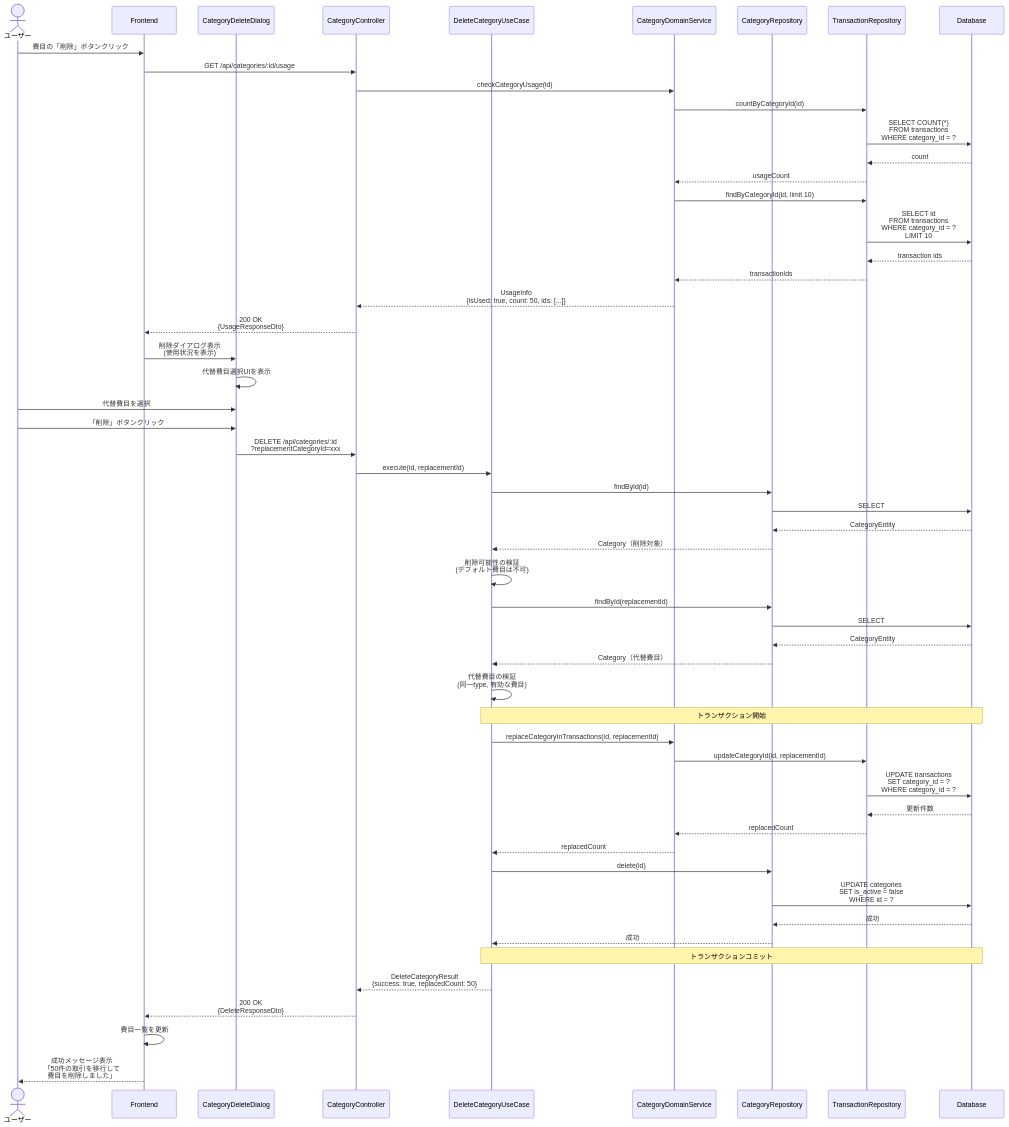
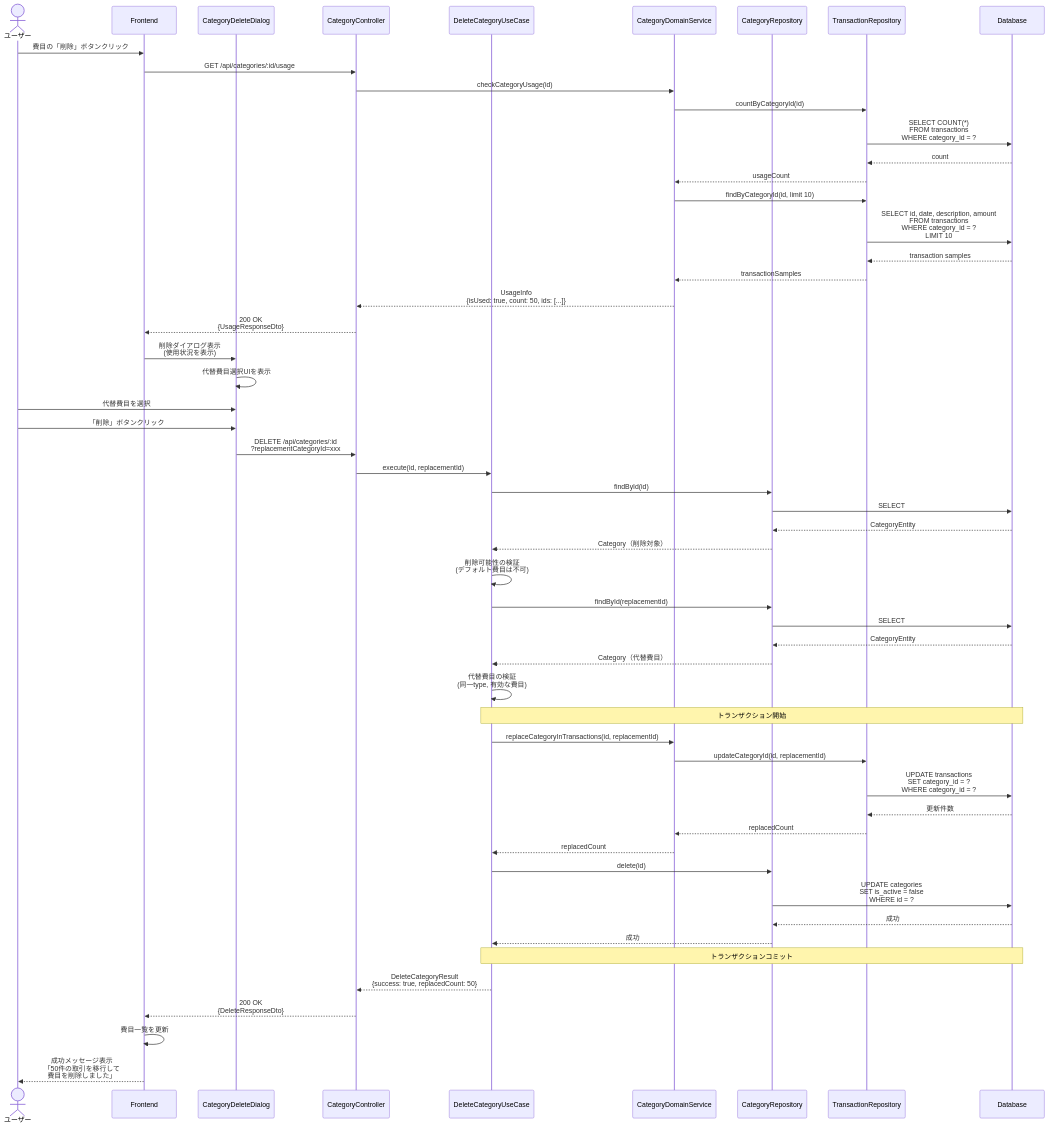
One commit to kencom2400/account-book changed the third of 13 diagrams in docs/detailed-design/FR-011_category-crud/sequence-diagrams.md. Above: the diagram before and after it, drawn with Mermaid. The commit also changed 2 other files, not shown here.

Commit message:
docs: fix high priority issues from Gemini review (3rd wave)
1. GetCategoryByIdUseCase追加（class-diagrams.md）
   - CategoryControllerにGetCategoryByIdUseCaseを依存関係として追加
   - 単一責任の原則に従い、単一取得専用ユースケースを使用

2. checkUsage実装例修正（input-output-design.md）
   - transactionIds を transactionSamples に変更
   - N+1問題を回避する設計と整合

3. SELECTクエリ修正（sequence-diagrams.md）
   - SELECT id を SELECT id, date, description, amount に変更
   - UI表示に必要な情報を一度に取得

4. UpdateCategoryDto型修正（class-diagrams.md）
   - icon, color を任意項目（string|null）に修正

5. colorコメント修正（input-output-design.md）
   - サポート形式を明記（#RGB, #RRGGBB, #RRGGBBAA）

Resolves Gemini Code Assist review comments (High Priority x3, Medium x2)

````diff
--- a/docs/detailed-design/FR-011_category-crud/sequence-diagrams.md
+++ b/docs/detailed-design/FR-011_category-crud/sequence-diagrams.md
@@ -243,75 +243,75 @@
 ```mermaid
 sequenceDiagram
     actor User as ユーザー
     participant FE as Frontend
     participant Dialog as CategoryDeleteDialog
     participant API as CategoryController
     participant UC as DeleteCategoryUseCase
     participant DS as CategoryDomainService
     participant CatRepo as CategoryRepository
     participant TxRepo as TransactionRepository
     participant DB as Database
 
     User->>FE: 費目の「削除」ボタンクリック
 
     FE->>API: GET /api/categories/:id/usage
     API->>DS: checkCategoryUsage(id)
     DS->>TxRepo: countByCategoryId(id)
     TxRepo->>DB: SELECT COUNT(*)<br/>FROM transactions<br/>WHERE category_id = ?
     DB-->>TxRepo: count
     TxRepo-->>DS: usageCount
 
     DS->>TxRepo: findByCategoryId(id, limit 10)
-    TxRepo->>DB: SELECT id<br/>FROM transactions<br/>WHERE category_id = ?<br/>LIMIT 10
-    DB-->>TxRepo: transaction ids
-    TxRepo-->>DS: transactionIds
+    TxRepo->>DB: SELECT id, date, description, amount<br/>FROM transactions<br/>WHERE category_id = ?<br/>LIMIT 10
+    DB-->>TxRepo: transaction samples
+    TxRepo-->>DS: transactionSamples
 
     DS-->>API: UsageInfo<br/>{isUsed: true, count: 50, ids: [...]}
     API-->>FE: 200 OK<br/>{UsageResponseDto}
 
     FE->>Dialog: 削除ダイアログ表示<br/>(使用状況を表示)
 
     Dialog->>Dialog: 代替費目選択UIを表示
     User->>Dialog: 代替費目を選択
 
     User->>Dialog: 「削除」ボタンクリック
     Dialog->>API: DELETE /api/categories/:id<br/>?replacementCategoryId=xxx
 
     API->>UC: execute(id, replacementId)
 
     UC->>CatRepo: findById(id)
     CatRepo->>DB: SELECT
     DB-->>CatRepo: CategoryEntity
     CatRepo-->>UC: Category（削除対象）
 
     UC->>UC: 削除可能性の検証<br/>(デフォルト費目は不可)
 
     UC->>CatRepo: findById(replacementId)
     CatRepo->>DB: SELECT
     DB-->>CatRepo: CategoryEntity
     CatRepo-->>UC: Category（代替費目）
 
     UC->>UC: 代替費目の検証<br/>(同一type, 有効な費目)
 
     Note over UC,DB: トランザクション開始
 
     UC->>DS: replaceCategoryInTransactions(id, replacementId)
     DS->>TxRepo: updateCategoryId(id, replacementId)
     TxRepo->>DB: UPDATE transactions<br/>SET category_id = ?<br/>WHERE category_id = ?
     DB-->>TxRepo: 更新件数
     TxRepo-->>DS: replacedCount
     DS-->>UC: replacedCount
 
     UC->>CatRepo: delete(id)
     CatRepo->>DB: UPDATE categories<br/>SET is_active = false<br/>WHERE id = ?
     DB-->>CatRepo: 成功
     CatRepo-->>UC: 成功
 
     Note over UC,DB: トランザクションコミット
 
     UC-->>API: DeleteCategoryResult<br/>{success: true, replacedCount: 50}
     API-->>FE: 200 OK<br/>{DeleteResponseDto}
 
     FE->>FE: 費目一覧を更新
     FE-->>User: 成功メッセージ表示<br/>「50件の取引を移行して<br/>費目を削除しました」
 ```
````
